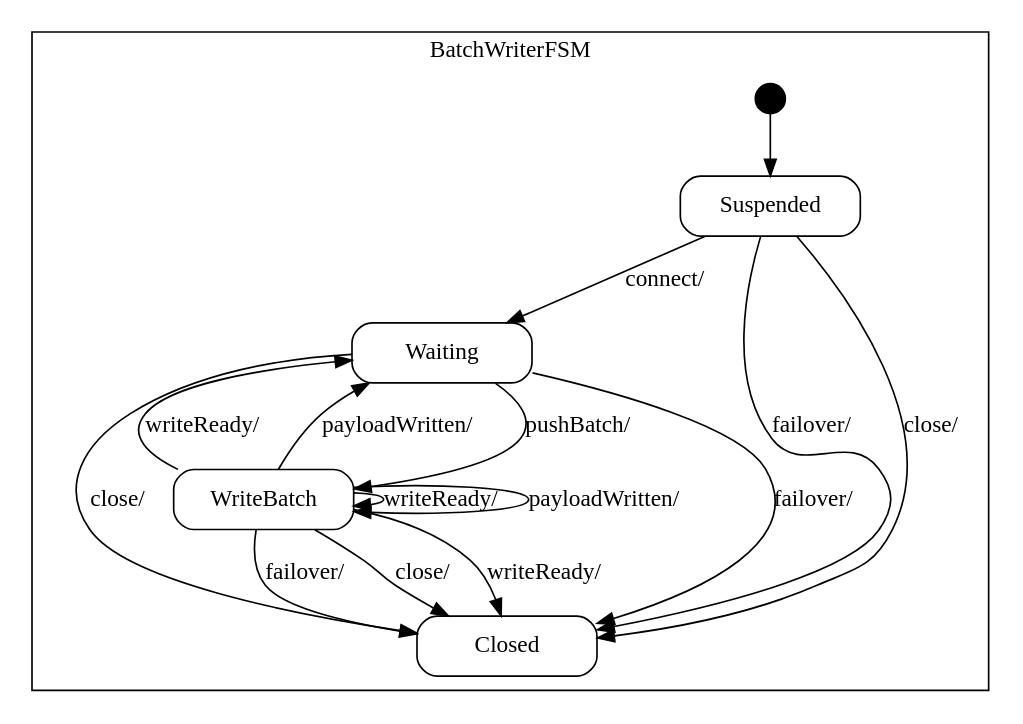
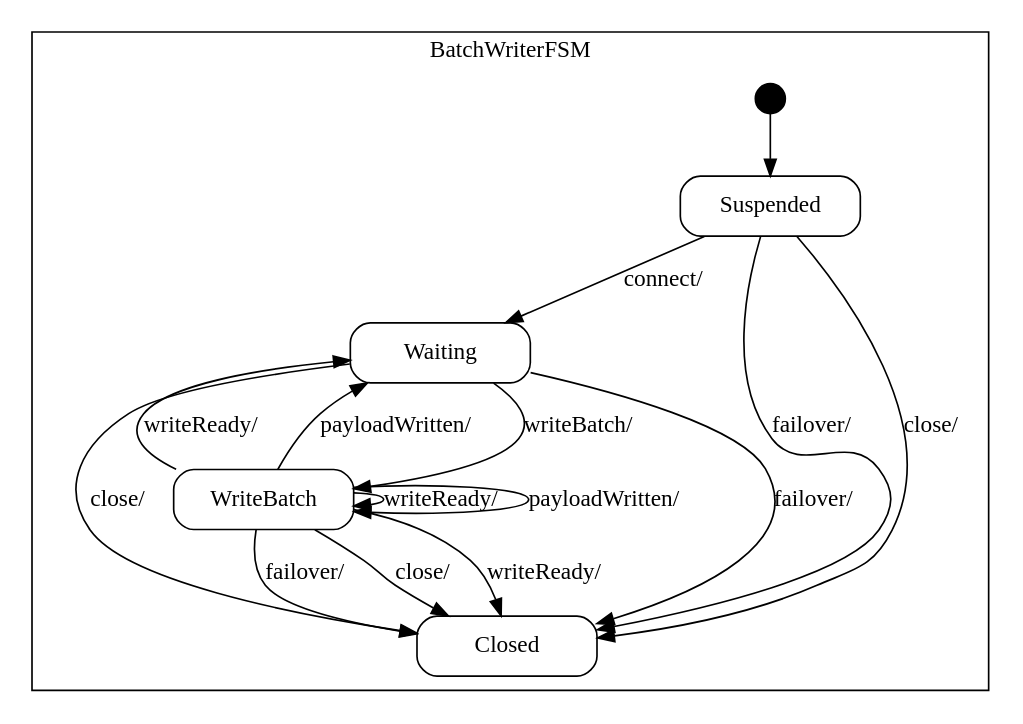
Before and after one commit to vmehra-sfdc/Ouroboros: the diagram in producer/doc/BatchWriter_sm.dot, drawn with Graphviz. The commit also changed 22 other files, not shown here.

```diff
--- a/producer/doc/BatchWriter_sm.dot
+++ b/producer/doc/BatchWriter_sm.dot
@@ -1,75 +1,75 @@
 digraph BatchWriter {
 
     node
         [shape=Mrecord width=1.5];
 
     subgraph cluster_BatchWriterFSM {
 
         label="BatchWriterFSM";
 
         //
         // States (Nodes)
         //
 
         "BatchWriterFSM::Suspended"
             [label="{Suspended}"];
 
         "BatchWriterFSM::Waiting"
             [label="{Waiting}"];
 
         "BatchWriterFSM::WriteBatch"
             [label="{WriteBatch}"];
 
         "BatchWriterFSM::Closed"
             [label="{Closed}"];
 
         "%start"
             [label="" shape=circle style=filled fillcolor=black width=0.25];
 
         //
         // Transitions (Edges)
         //
 
         "BatchWriterFSM::Suspended" -> "BatchWriterFSM::Waiting"
             [label="connect/\l"];
 
         "BatchWriterFSM::Suspended" -> "BatchWriterFSM::Closed"
             [label="failover/\l"];
 
         "BatchWriterFSM::Suspended" -> "BatchWriterFSM::Closed"
             [label="close/\l"];
 
         "BatchWriterFSM::Waiting" -> "BatchWriterFSM::WriteBatch"
-            [label="pushBatch/\l"];
+            [label="writeBatch/\l"];
 
         "BatchWriterFSM::Waiting" -> "BatchWriterFSM::Closed"
             [label="failover/\l"];
 
         "BatchWriterFSM::Waiting" -> "BatchWriterFSM::Closed"
             [label="close/\l"];
 
         "BatchWriterFSM::WriteBatch" -> "BatchWriterFSM::Closed"
             [label="writeReady/\l"];
 
         "BatchWriterFSM::WriteBatch" -> "BatchWriterFSM::WriteBatch"
             [label="writeReady/\l"];
 
         "BatchWriterFSM::WriteBatch" -> "BatchWriterFSM::Waiting"
             [label="writeReady/\l"];
 
         "BatchWriterFSM::WriteBatch" -> "BatchWriterFSM::WriteBatch"
             [label="payloadWritten/\l"];
 
         "BatchWriterFSM::WriteBatch" -> "BatchWriterFSM::Waiting"
             [label="payloadWritten/\l"];
 
         "BatchWriterFSM::WriteBatch" -> "BatchWriterFSM::Closed"
             [label="failover/\l"];
 
         "BatchWriterFSM::WriteBatch" -> "BatchWriterFSM::Closed"
             [label="close/\l"];
 
         "%start" -> "BatchWriterFSM::Suspended"
     }
 
 }
```
